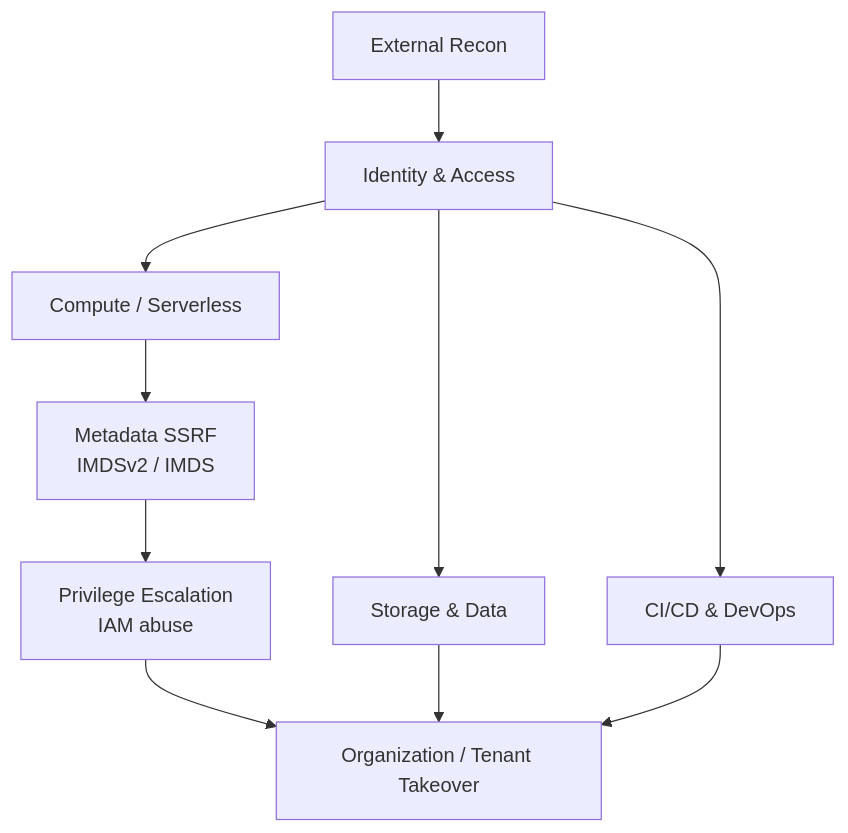
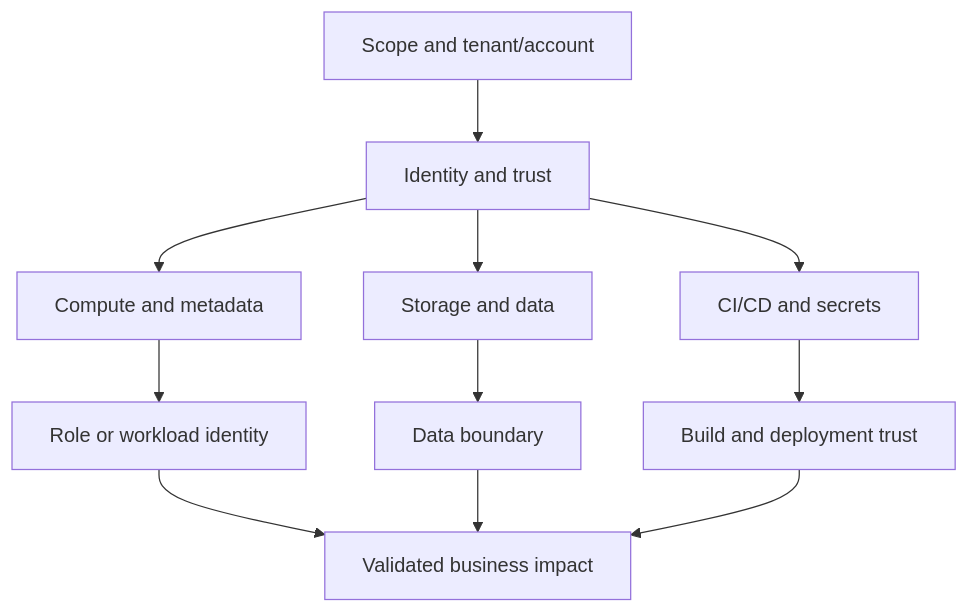
The diagram in docs/cloud-mobile/index.md (0x3xp10i73r/offsec-vault), drawn with Mermaid before and after one commit. The commit also changed other lines of this file and 172 other files, not shown here.

````diff
--- a/docs/cloud-mobile/index.md
+++ b/docs/cloud-mobile/index.md
@@ -20,12 +22,13 @@
 ```mermaid
 flowchart TD
-    A[External Recon] --> B[Identity & Access]
-    B --> C[Compute / Serverless]
-    B --> D[Storage & Data]
-    B --> E[CI/CD & DevOps]
-    C --> F[Metadata SSRF<br/>IMDSv2 / IMDS]
-    F --> G[Privilege Escalation<br/>IAM abuse]
-    G --> H[Organization / Tenant Takeover]
-    D --> H
-    E --> H
+    A[Scope and tenant/account] --> B[Identity and trust]
+    B --> C[Compute and metadata]
+    B --> D[Storage and data]
+    B --> E[CI/CD and secrets]
+    C --> F[Role or workload identity]
+    D --> G[Data boundary]
+    E --> H[Build and deployment trust]
+    F --> I[Validated business impact]
+    G --> I
+    H --> I
 ```
````
